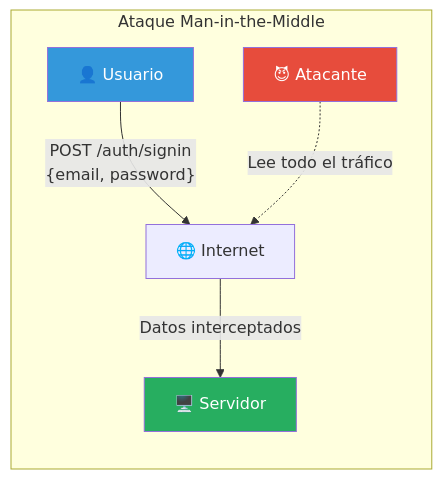
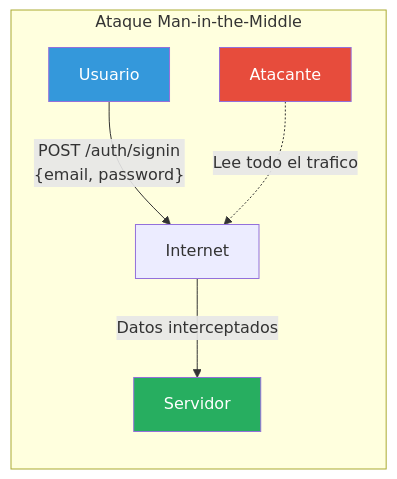
One commit to joseluisgs/TiendaDawApi-NetCore changed the sixth of 14 diagrams in doc/27-seguridad-http.md. Above: the diagram before and after it, drawn with Mermaid. The commit also changed other lines of this file, not shown here.

First line of the commit message:
fix: Corregir errores de sintaxis Mermaid en doc/27-seguridad-http.md

````diff
--- a/doc/27-seguridad-http.md
+++ b/doc/27-seguridad-http.md
@@ -245,12 +245,12 @@
 ```mermaid
 flowchart LR
     subgraph "Ataque Man-in-the-Middle"
-        Cliente["👤 Usuario"] -->|"POST /auth/signin<br/>{email, password}"| Internet["🌐 Internet"]
-        Internet -->|"Datos interceptados"| Servidor["🖥️ Servidor"]
-        Hacker["😈 Atacante"] -.->|"Lee todo el tráfico"| Internet
+        Cliente["Usuario"] -->|"POST /auth/signin<br/>{email, password}"| Internet["Internet"]
+        Internet -->|"Datos interceptados"| Servidor["Servidor"]
+        Hacker["Atacante"] -.->|"Lee todo el trafico"| Internet
     end
     
     style Hacker fill:#e74c3c,color:#fff
     style Cliente fill:#3498db,color:#fff
     style Servidor fill:#27ae60,color:#fff
 ```
````
